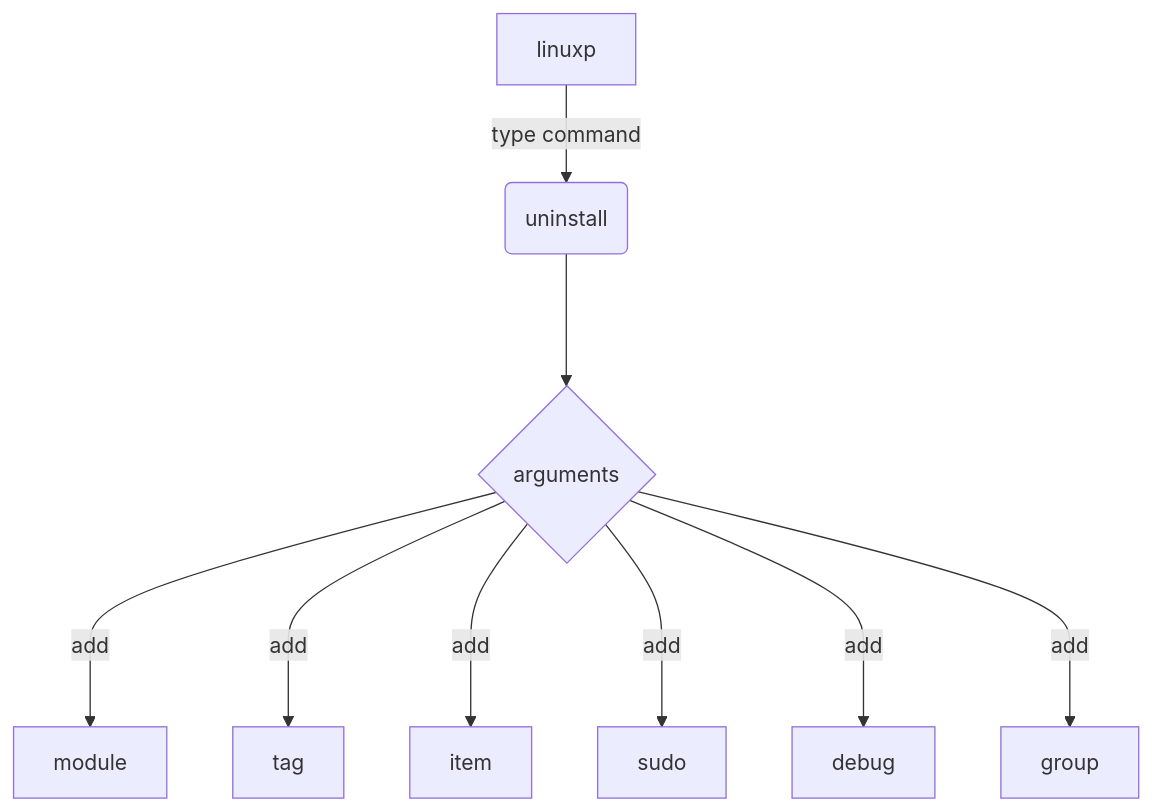
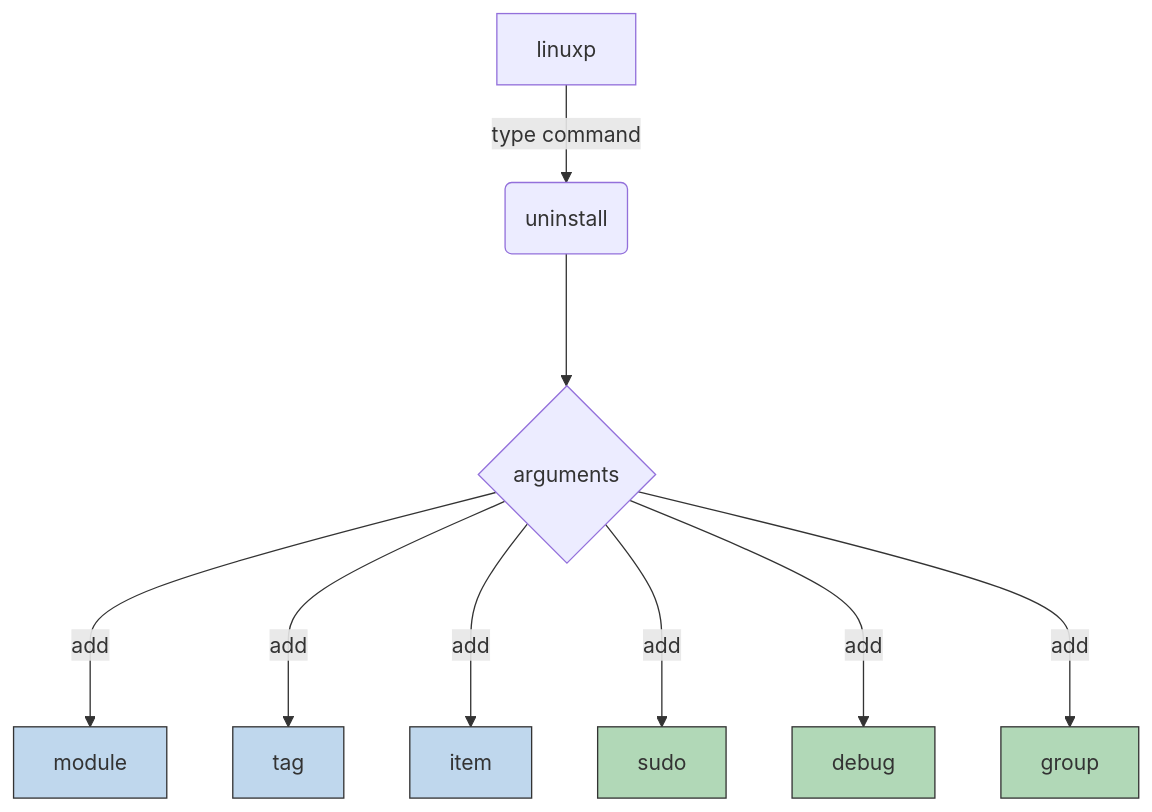
Before and after one commit to linux-profile/linux-profile: the diagram in docs/nav/commands/uninstall/index.md, drawn with Mermaid. The commit also changed 3 other files, not shown here.

````diff
--- a/docs/nav/commands/uninstall/index.md
+++ b/docs/nav/commands/uninstall/index.md
@@ -30,11 +30,18 @@
 ``` mermaid
 graph TD
     L[linuxp] -->|type command| u(uninstall)
     u ---> option_u{arguments}
     option_u --->|add| arg_u_module[module]
     option_u --->|add| arg_u_tag[tag]
     option_u --->|add| arg_u_item[item]
     option_u --->|add| arg_u_sudo[sudo]
     option_u --->|add| arg_u_debug[debug]
     option_u --->|add| arg_u_group[group]
+
+    style arg_u_module fill:#BFD7ED,stroke:#333
+    style arg_u_tag fill:#BFD7ED,stroke:#333
+    style arg_u_item fill:#BFD7ED,stroke:#333
+    style arg_u_sudo fill:#B1D8B7,stroke:#333
+    style arg_u_debug fill:#B1D8B7,stroke:#333
+    style arg_u_group fill:#B1D8B7,stroke:#333
 ```
````
